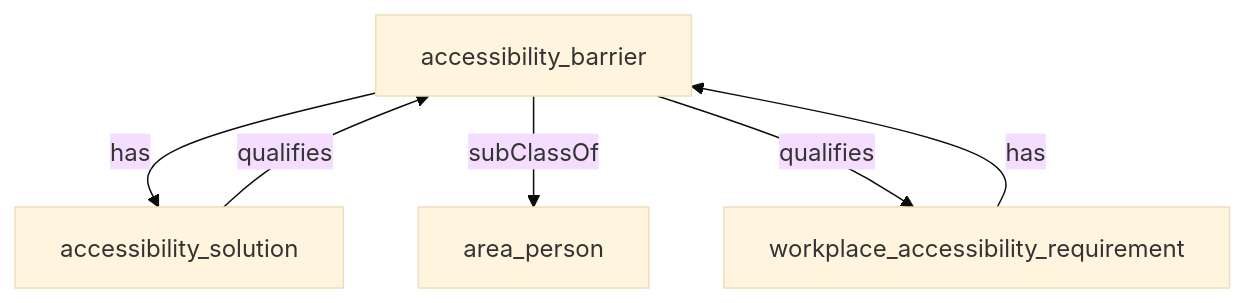
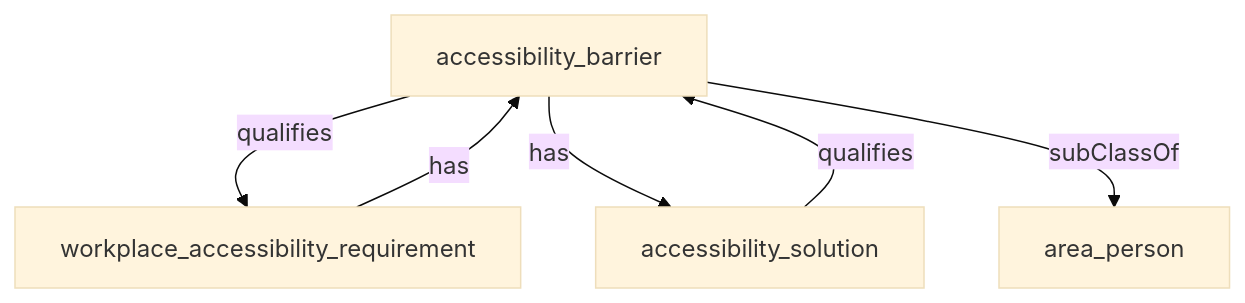
One commit to heidingaway/heidi2 changed the diagram in content/hr_data_model/accessibility_barrier.md. Above: the diagram before and after it, drawn with Mermaid (base theme). The commit also changed other lines of this file and 350 other files, not shown here.

````diff
--- a/content/hr_data_model/accessibility_barrier.md
+++ b/content/hr_data_model/accessibility_barrier.md
@@ -21,12 +22,12 @@
 ```mermaid
 graph TD
   accessibility_barrier["accessibility_barrier"]:::current-page-node
   area_person["area_person"]
   accessibility_solution["accessibility_solution"]
   workplace_accessibility_requirement["workplace_accessibility_requirement"]
+  accessibility_barrier-->|" qualifies "|workplace_accessibility_requirement
+  accessibility_barrier-->|" has "|accessibility_solution
+  accessibility_solution-->|" qualifies "|accessibility_barrier
   workplace_accessibility_requirement-->|" has "|accessibility_barrier
-  accessibility_solution-->|" qualifies "|accessibility_barrier
-  accessibility_barrier-->|" has "|accessibility_solution
   accessibility_barrier-->|" subClassOf "|area_person
-  accessibility_barrier-->|" qualifies "|workplace_accessibility_requirement
 ```
````
